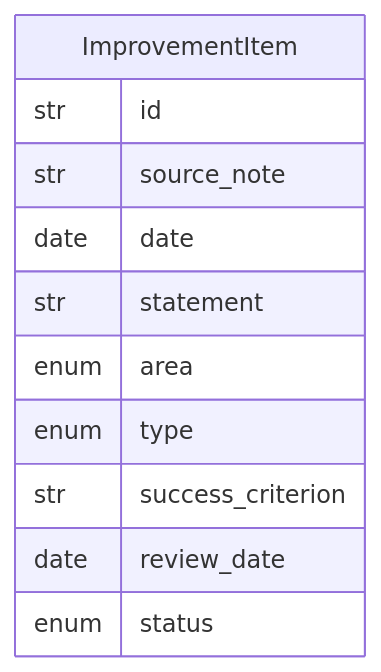
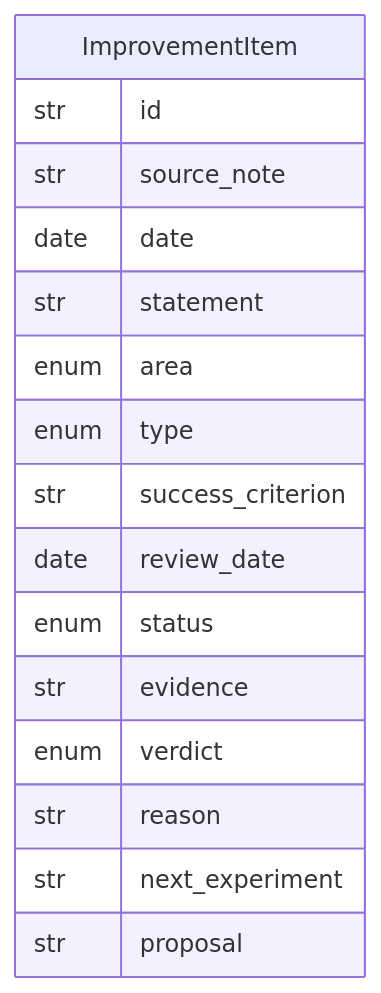
One commit to zskreisz01/pkpipe changed the diagram in specs/015-self-improvement-cycle/data-model.md. Above: the diagram before and after it, drawn with Mermaid. The commit also changed other lines of this file and 29 other files, not shown here.

````diff
--- a/specs/015-self-improvement-cycle/data-model.md
+++ b/specs/015-self-improvement-cycle/data-model.md
@@ -33,14 +38,19 @@
 ```mermaid
 erDiagram
     ImprovementItem {
         str id
         str source_note
         date date
         str statement
         enum area
         enum type
         str success_criterion
         date review_date
         enum status
+        str evidence
+        enum verdict
+        str reason
+        str next_experiment
+        str proposal
     }
 ```
````
